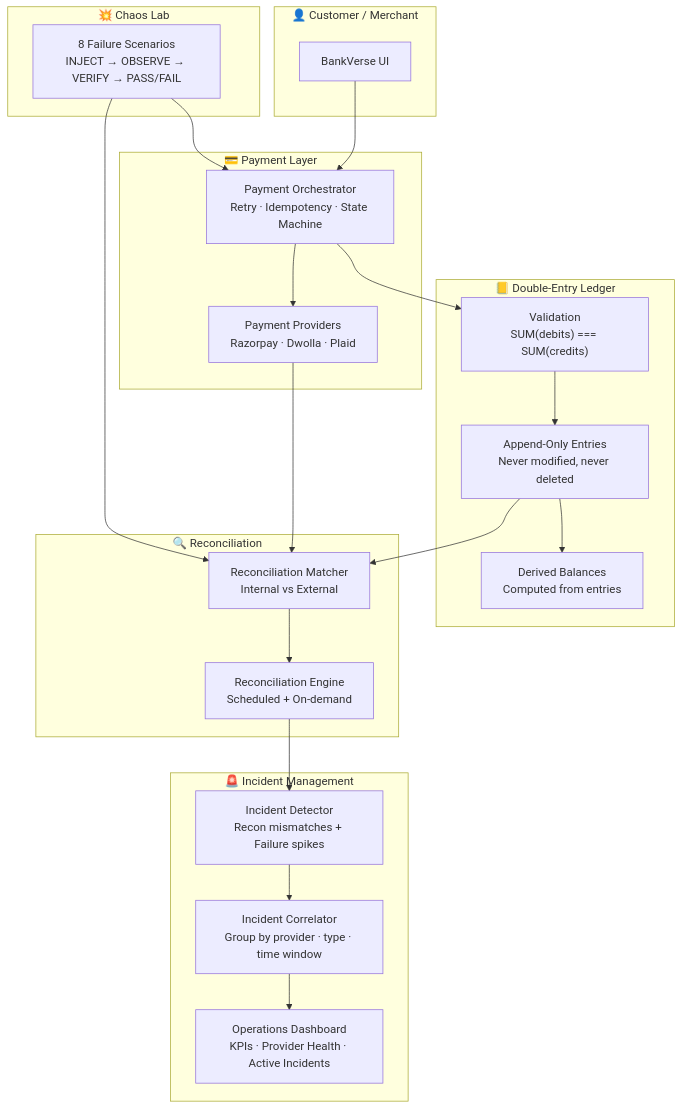
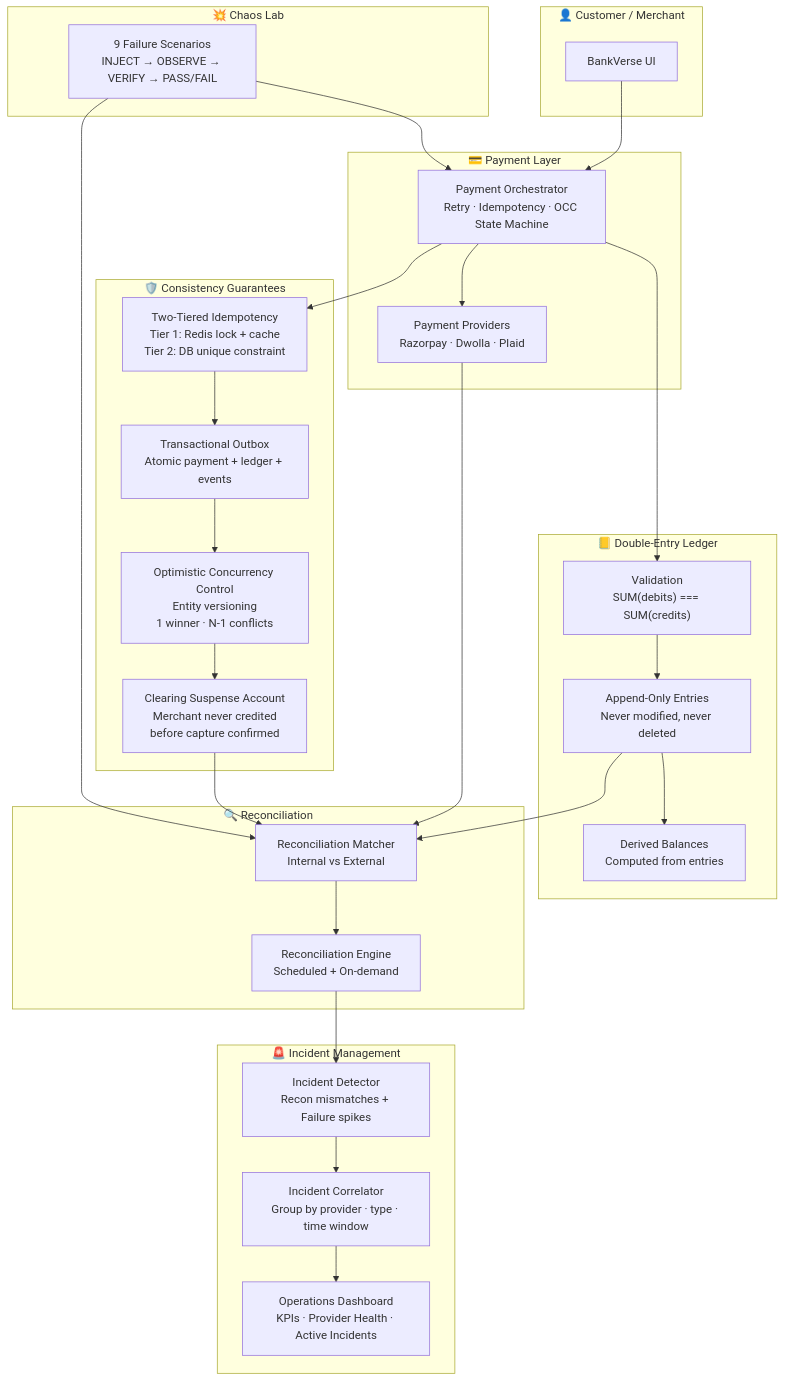
Before and after one commit to Script-Kitty01/bankverse: the first of 2 diagrams in README.md, drawn with Mermaid. The commit also changed other lines of this file and 7 other files, not shown here.

Commit message:
docs: update README and CHAOS_DEMO documentation with 9 chaos scenarios, OCC, and architecture

````diff
--- a/README.md
+++ b/README.md
@@ -54,46 +56,58 @@
 ```mermaid
 graph TB
     subgraph User["👤 Customer / Merchant"]
         UI["BankVerse UI"]
     end
 
     subgraph Payment["💳 Payment Layer"]
-        ORCH["Payment Orchestrator<br/>Retry · Idempotency · State Machine"]
+        ORCH["Payment Orchestrator<br/>Retry · Idempotency · OCC State Machine"]
         PSP["Payment Providers<br/>Razorpay · Dwolla · Plaid"]
+    end
+
+    subgraph Consistency["🛡️ Consistency Guarantees"]
+        IDEM["Two-Tiered Idempotency<br/>Tier 1: Redis lock + cache<br/>Tier 2: DB unique constraint"]
+        OCC["Optimistic Concurrency Control<br/>Entity versioning<br/>1 winner · N-1 conflicts"]
+        OUTBOX["Transactional Outbox<br/>Atomic payment + ledger + events"]
+        CLEARING["Clearing Suspense Account<br/>Merchant never credited<br/>before capture confirmed"]
     end
 
     subgraph Ledger["📒 Double-Entry Ledger"]
         VAL["Validation<br/>SUM(debits) === SUM(credits)"]
         ENTRIES["Append-Only Entries<br/>Never modified, never deleted"]
         BAL["Derived Balances<br/>Computed from entries"]
     end
 
     subgraph Recon["🔍 Reconciliation"]
         MATCHER["Reconciliation Matcher<br/>Internal vs External"]
         ENGINE["Reconciliation Engine<br/>Scheduled + On-demand"]
     end
 
     subgraph Incidents["🚨 Incident Management"]
         DETECT["Incident Detector<br/>Recon mismatches + Failure spikes"]
         CORR["Incident Correlator<br/>Group by provider · type · time window"]
         DASH["Operations Dashboard<br/>KPIs · Provider Health · Active Incidents"]
     end
 
     subgraph Chaos["💥 Chaos Lab"]
-        SCENARIOS["8 Failure Scenarios<br/>INJECT → OBSERVE → VERIFY → PASS/FAIL"]
+        SCENARIOS["9 Failure Scenarios<br/>INJECT → OBSERVE → VERIFY → PASS/FAIL"]
     end
 
     UI --> ORCH
+    ORCH --> IDEM
+    IDEM --> OUTBOX
+    OUTBOX --> OCC
+    OCC --> CLEARING
     ORCH --> PSP
     ORCH --> VAL
     VAL --> ENTRIES
     ENTRIES --> BAL
     ENTRIES --> MATCHER
     PSP --> MATCHER
+    CLEARING --> MATCHER
     MATCHER --> ENGINE
     ENGINE --> DETECT
     DETECT --> CORR
     CORR --> DASH
     SCENARIOS --> ORCH
     SCENARIOS --> MATCHER
 ```
````
